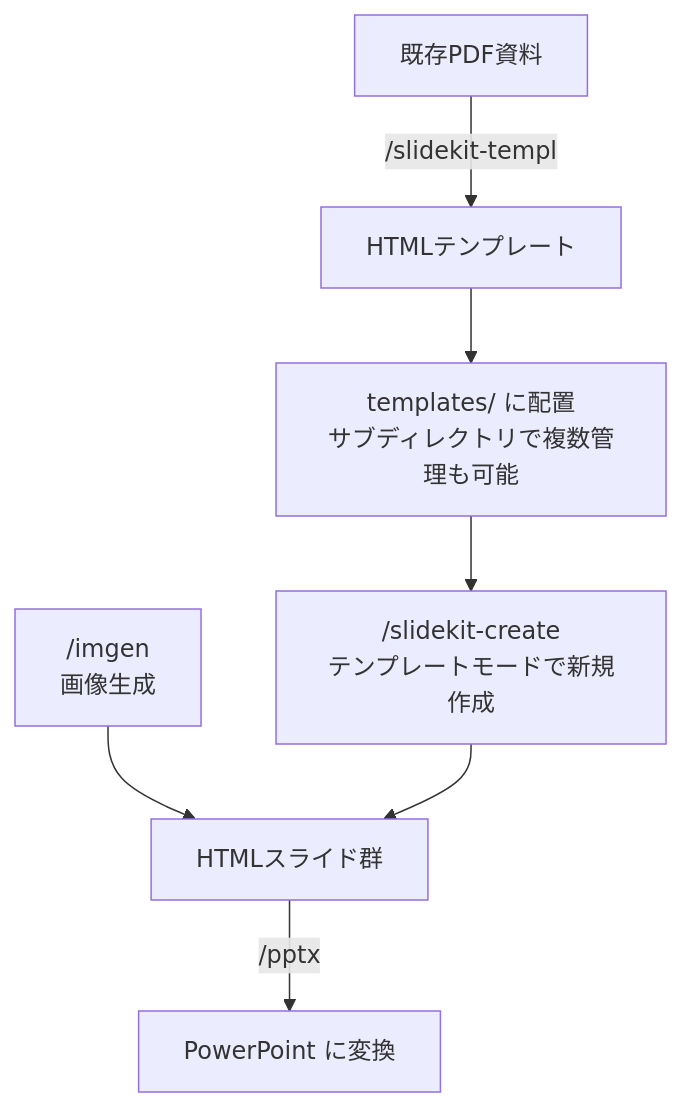
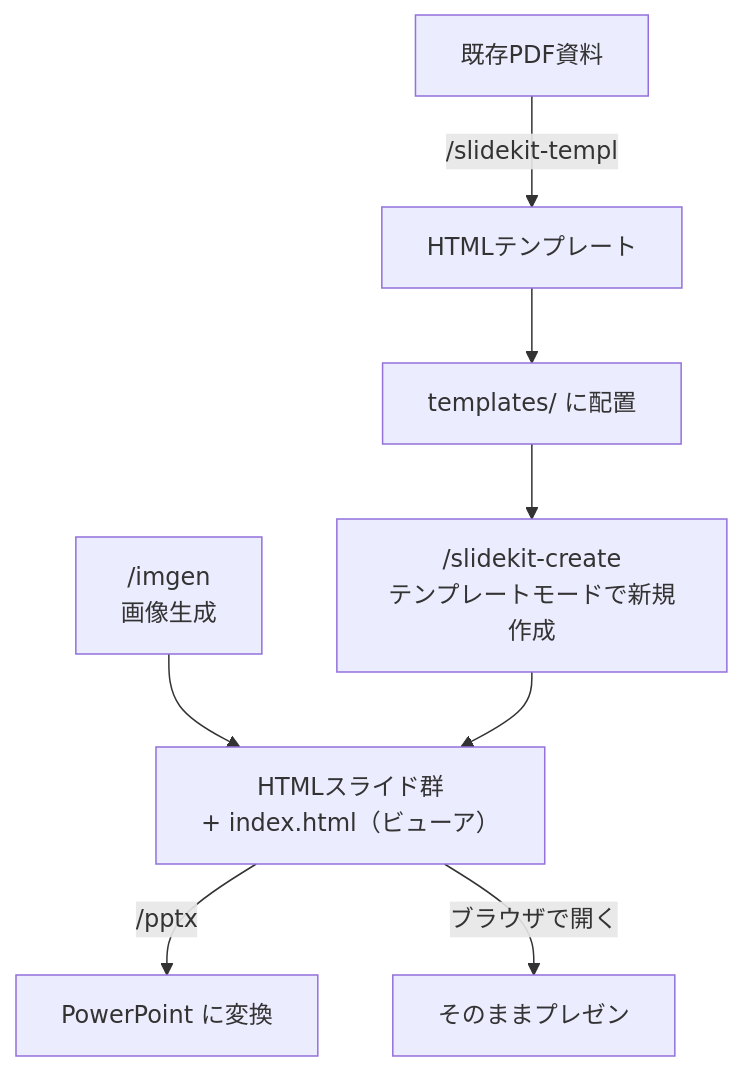
Before and after one commit to ki-boudesu63/slidekit-modify-open: the diagram in README.md, drawn with Mermaid. The commit also changed other lines of this file and 10 other files, not shown here.

First line of the commit message:
Replace print.html with index.html viewer, rewrite README

````diff
--- a/README.md
+++ b/README.md
@@ -24,9 +28,10 @@
 ```mermaid
 flowchart TD
     PDF["既存PDF資料"] -->|/slidekit-templ| TMPL["HTMLテンプレート"]
-    TMPL --> TEMPLATES["templates/ に配置<br/>サブディレクトリで複数管理も可能"]
+    TMPL --> TEMPLATES["templates/ に配置"]
     TEMPLATES --> CREATE["/slidekit-create<br/>テンプレートモードで新規作成"]
     IMGEN["/imgen<br/>画像生成"] --> HTML
-    CREATE --> HTML["HTMLスライド群"]
+    CREATE --> HTML["HTMLスライド群<br/>+ index.html（ビューア）"]
     HTML -->|/pptx| PPTX["PowerPoint に変換"]
+    HTML -->|ブラウザで開く| PRESENT["そのままプレゼン"]
 ```
````
